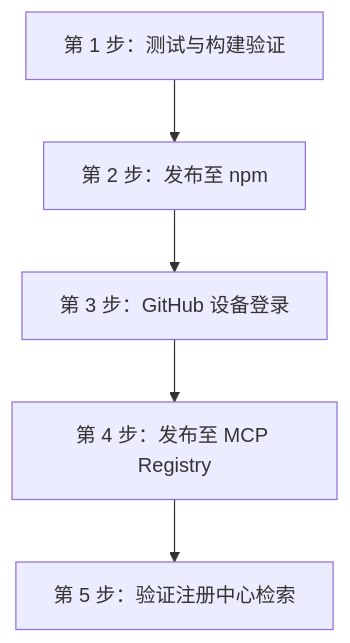
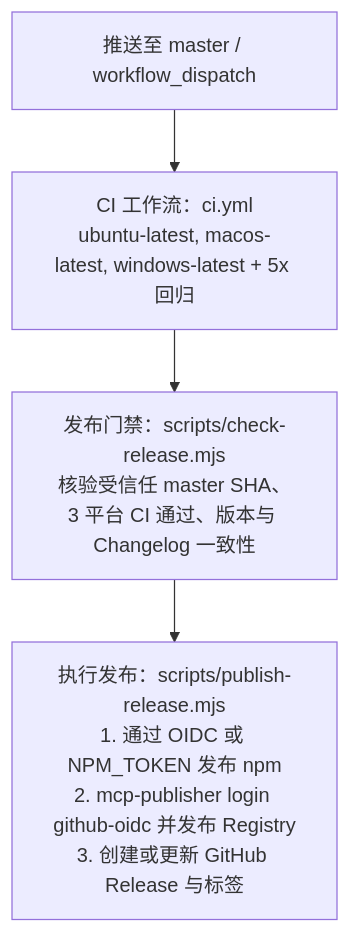
One commit to divenire990/omp-worker-mcp changed the diagram in docs/registry-publishing.zh-CN.md. Above: the diagram before and after it, drawn with Mermaid. The commit also changed other lines of this file and 20 other files, not shown here.

Commit message:
Release v0.2.0 with CI-gated npm and MCP Registry publishing

````diff
--- a/docs/registry-publishing.zh-CN.md
+++ b/docs/registry-publishing.zh-CN.md
@@ -37,7 +40,6 @@
 ```mermaid
 graph TD
-    A[第 1 步：测试与构建验证] --> B[第 2 步：发布至 npm]
-    B --> C[第 3 步：GitHub 设备登录]
-    C --> D[第 4 步：发布至 MCP Registry]
-    D --> E[第 5 步：验证注册中心检索]
+    A[推送至 master / workflow_dispatch] --> B[CI 工作流：ci.yml<br/>ubuntu-latest, macos-latest, windows-latest + 5x 回归]
+    B --> C[发布门禁：scripts/check-release.mjs<br/>核验受信任 master SHA、3 平台 CI 通过、版本与 Changelog 一致性]
+    C --> D[执行发布：scripts/publish-release.mjs<br/>1. 通过 OIDC 或 NPM_TOKEN 发布 npm<br/>2. mcp-publisher login github-oidc 并发布 Registry<br/>3. 创建或更新 GitHub Release 与标签]
 ```
````
